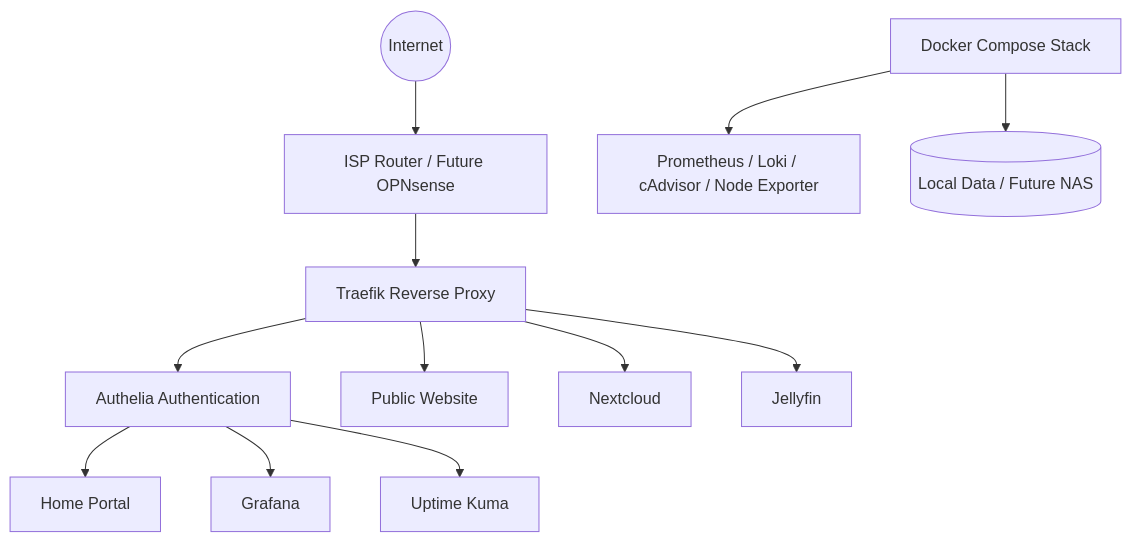
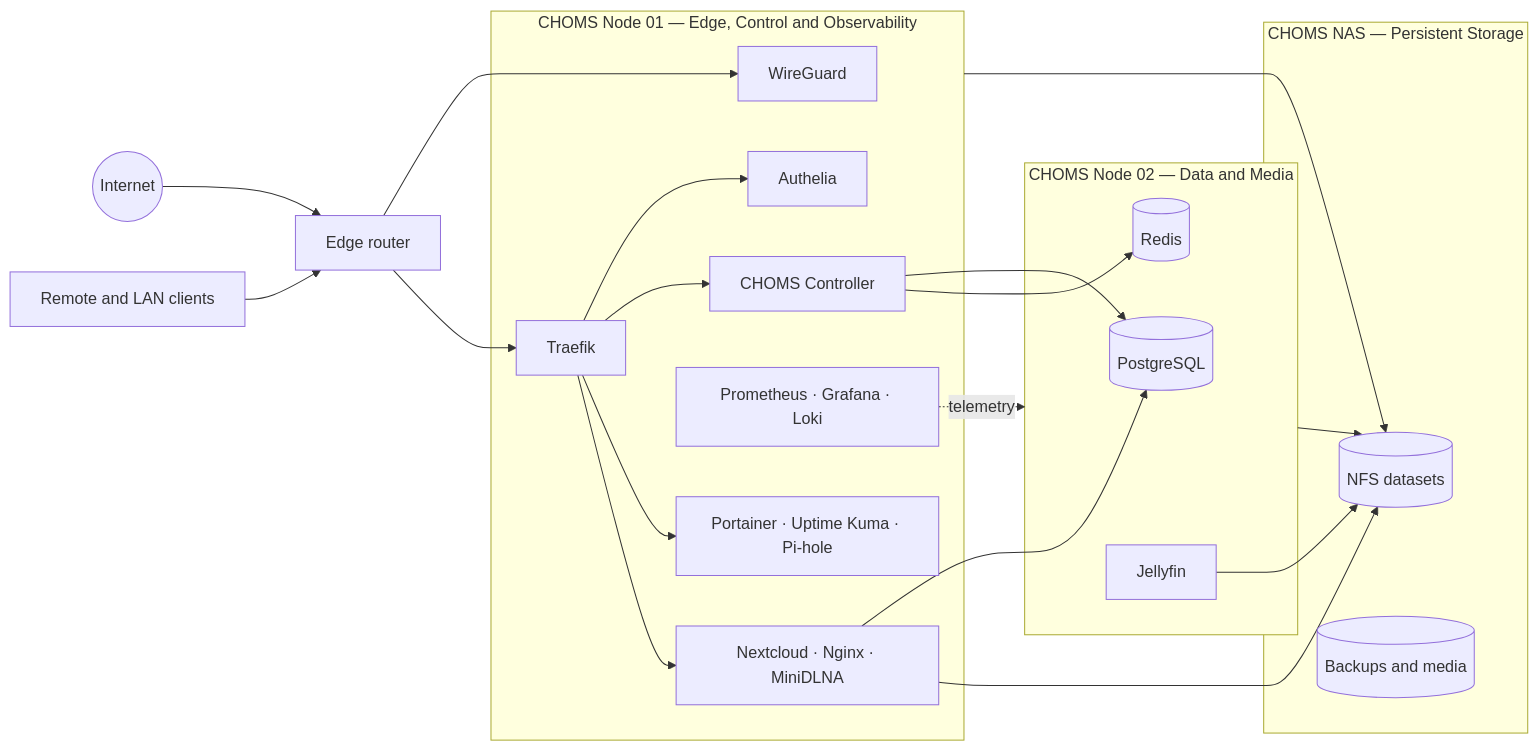
Before and after one commit to ChomsMaster/CHOMS-HOMELAB: the diagram in README.md, drawn with Mermaid. The commit also changed other lines of this file and 48 other files, not shown here.

````diff
--- a/README.md
+++ b/README.md
@@ -56,29 +30,44 @@
 ```mermaid
-flowchart TD
+flowchart LR
     Internet((Internet))
-    Router[ISP Router / Future OPNsense]
-    Traefik[Traefik Reverse Proxy]
-    Authelia[Authelia Authentication]
-    Docker[Docker Compose Stack]
+    Clients[Remote and LAN clients]
+    Router[Edge router]
 
-    Public[Public Website]
-    Home[Home Portal]
-    Grafana[Grafana]
-    Kuma[Uptime Kuma]
-    Nextcloud[Nextcloud]
-    Jellyfin[Jellyfin]
-    Monitoring[Prometheus / Loki / cAdvisor / Node Exporter]
-    Data[(Local Data / Future NAS)]
+    subgraph N1[CHOMS Node 01 — Edge, Control and Observability]
+      WG[WireGuard]
+      TF[Traefik]
+      AU[Authelia]
+      CTRL[CHOMS Controller]
+      OBS[Prometheus · Grafana · Loki]
+      OPS[Portainer · Uptime Kuma · Pi-hole]
+      CLOUD[Nextcloud · Nginx · MiniDLNA]
+    end
+
+    subgraph N2[CHOMS Node 02 — Data and Media]
+      PG[(PostgreSQL)]
+      RD[(Redis)]
+      JF[Jellyfin]
+    end
+
+    subgraph NAS[CHOMS NAS — Persistent Storage]
+      NFS[(NFS datasets)]
+      BKP[(Backups and media)]
+    end
 
     Internet --> Router
-    Router --> Traefik
-    Traefik --> Public
-    Traefik --> Authelia
-    Authelia --> Home
-    Authelia --> Grafana
-    Authelia --> Kuma
-    Traefik --> Nextcloud
-    Traefik --> Jellyfin
-    Docker --> Monitoring
-    Docker --> Data
+    Clients --> Router
+    Router --> WG
+    Router --> TF
+    TF --> AU
+    TF --> CTRL
+    TF --> OPS
+    TF --> CLOUD
+    CTRL --> PG
+    CTRL --> RD
+    CLOUD --> PG
+    JF --> NFS
+    CLOUD --> NFS
+    N1 --> NFS
+    N2 --> NFS
+    OBS -. telemetry .-> N2
 ```
````
